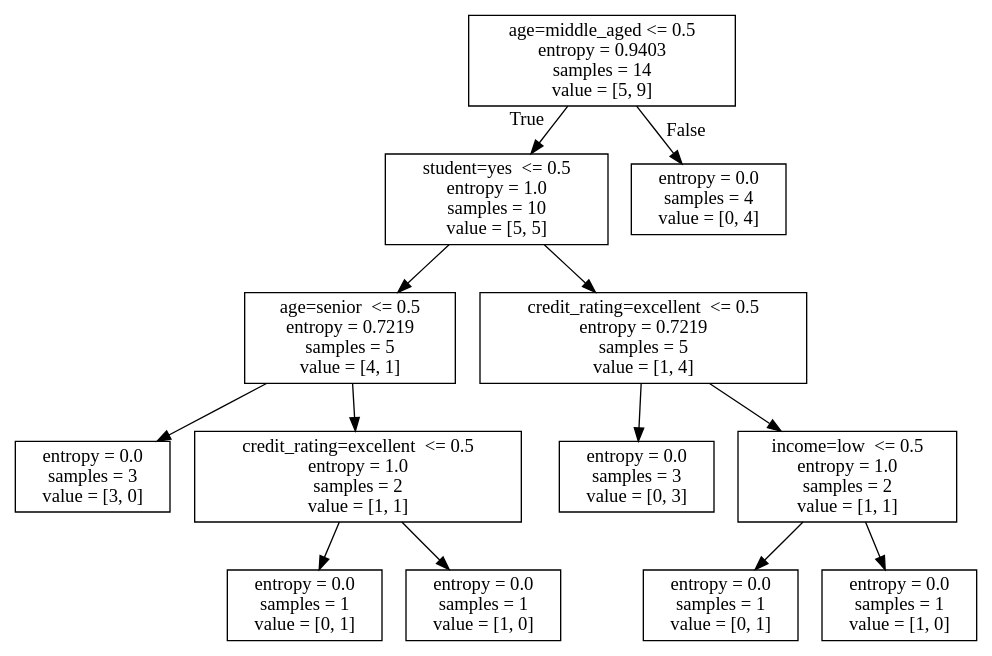
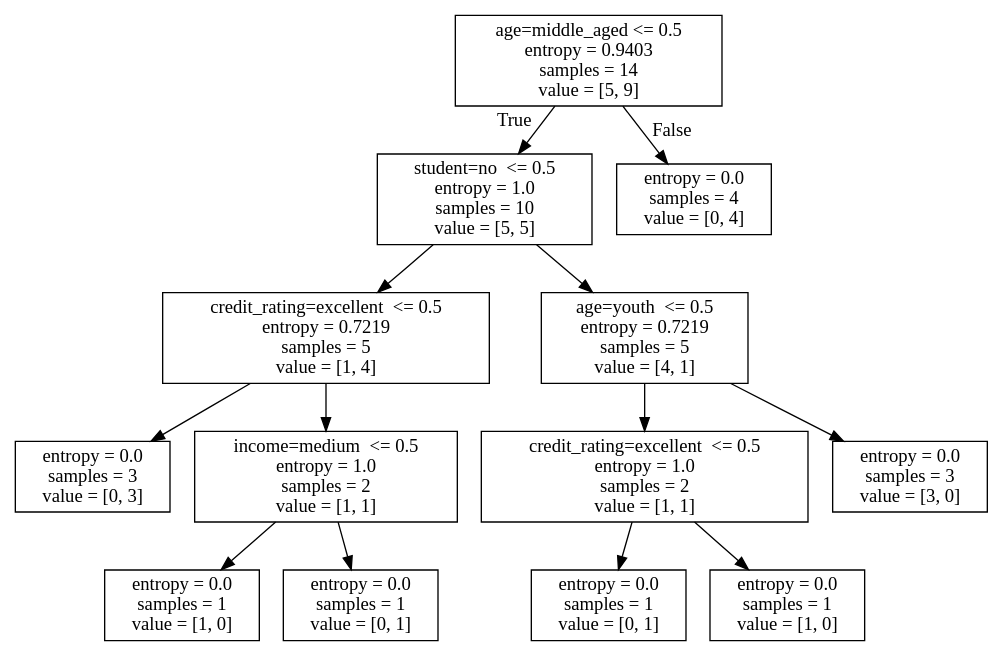
Before and after one commit to fanqi0312/MachineLearning: the diagram in MachineLearningBase/DecisionTree/DecisionTree.dot, drawn with Graphviz. The commit also changed 1 other file, not shown here.

```diff
--- a/MachineLearningBase/DecisionTree/DecisionTree.dot
+++ b/MachineLearningBase/DecisionTree/DecisionTree.dot
@@ -1,28 +1,28 @@
 digraph Tree {
 node [shape=box] ;
 0 [label="age=middle_aged <= 0.5\nentropy = 0.9403\nsamples = 14\nvalue = [5, 9]"] ;
-1 [label="student=yes  <= 0.5\nentropy = 1.0\nsamples = 10\nvalue = [5, 5]"] ;
+1 [label="student=no  <= 0.5\nentropy = 1.0\nsamples = 10\nvalue = [5, 5]"] ;
 0 -> 1 [labeldistance=2.5, labelangle=45, headlabel="True"] ;
-2 [label="age=senior  <= 0.5\nentropy = 0.7219\nsamples = 5\nvalue = [4, 1]"] ;
+2 [label="credit_rating=excellent  <= 0.5\nentropy = 0.7219\nsamples = 5\nvalue = [1, 4]"] ;
 1 -> 2 ;
-3 [label="entropy = 0.0\nsamples = 3\nvalue = [3, 0]"] ;
+3 [label="entropy = 0.0\nsamples = 3\nvalue = [0, 3]"] ;
 2 -> 3 ;
-4 [label="credit_rating=excellent  <= 0.5\nentropy = 1.0\nsamples = 2\nvalue = [1, 1]"] ;
+4 [label="income=medium  <= 0.5\nentropy = 1.0\nsamples = 2\nvalue = [1, 1]"] ;
 2 -> 4 ;
-5 [label="entropy = 0.0\nsamples = 1\nvalue = [0, 1]"] ;
+5 [label="entropy = 0.0\nsamples = 1\nvalue = [1, 0]"] ;
 4 -> 5 ;
-6 [label="entropy = 0.0\nsamples = 1\nvalue = [1, 0]"] ;
+6 [label="entropy = 0.0\nsamples = 1\nvalue = [0, 1]"] ;
 4 -> 6 ;
-7 [label="credit_rating=excellent  <= 0.5\nentropy = 0.7219\nsamples = 5\nvalue = [1, 4]"] ;
+7 [label="age=youth  <= 0.5\nentropy = 0.7219\nsamples = 5\nvalue = [4, 1]"] ;
 1 -> 7 ;
-8 [label="entropy = 0.0\nsamples = 3\nvalue = [0, 3]"] ;
+8 [label="credit_rating=excellent  <= 0.5\nentropy = 1.0\nsamples = 2\nvalue = [1, 1]"] ;
 7 -> 8 ;
-9 [label="income=low  <= 0.5\nentropy = 1.0\nsamples = 2\nvalue = [1, 1]"] ;
-7 -> 9 ;
-10 [label="entropy = 0.0\nsamples = 1\nvalue = [0, 1]"] ;
-9 -> 10 ;
-11 [label="entropy = 0.0\nsamples = 1\nvalue = [1, 0]"] ;
-9 -> 11 ;
+9 [label="entropy = 0.0\nsamples = 1\nvalue = [0, 1]"] ;
+8 -> 9 ;
+10 [label="entropy = 0.0\nsamples = 1\nvalue = [1, 0]"] ;
+8 -> 10 ;
+11 [label="entropy = 0.0\nsamples = 3\nvalue = [3, 0]"] ;
+7 -> 11 ;
 12 [label="entropy = 0.0\nsamples = 4\nvalue = [0, 4]"] ;
 0 -> 12 [labeldistance=2.5, labelangle=-45, headlabel="False"] ;
 }
```
